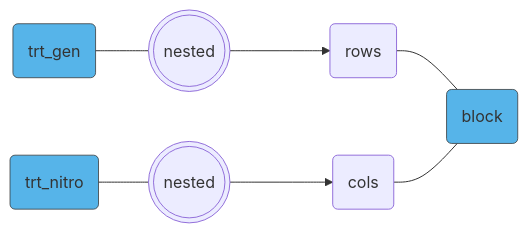
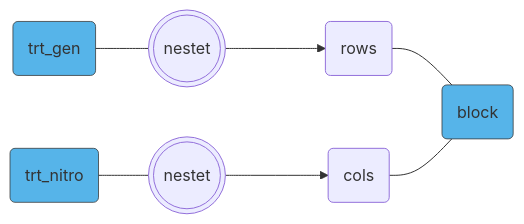
Before and after one commit to jkruppa/jkruppa.github.io: the seventh of 7 diagrams in experimental-design-advanced.qmd, drawn with Mermaid. The commit also changed other lines of this file and 29 other files, not shown here.

````diff
--- a/experimental-design-advanced.qmd
+++ b/experimental-design-advanced.qmd
@@ -753,9 +774,9 @@
 ```{mermaid}
 %%| label: fig-mermaid-stripplot
 %%| fig-width: 6
 %%| fig-cap: "text"
 flowchart LR
-    A(trt_gen):::factor --- B(((nested))) ---> C(rows) --- E(block):::factor
-    F(trt_nitro):::factor --- G(((nested))) ---> H(cols) --- E
+    A(trt_gen):::factor --- B(((nestet))) ---> C(rows) --- E(block):::factor
+    F(trt_nitro):::factor --- G(((nestet))) ---> H(cols) --- E
     classDef factor fill:#56B4E9,stroke:#333,stroke-width:0.75px
 ```
````
